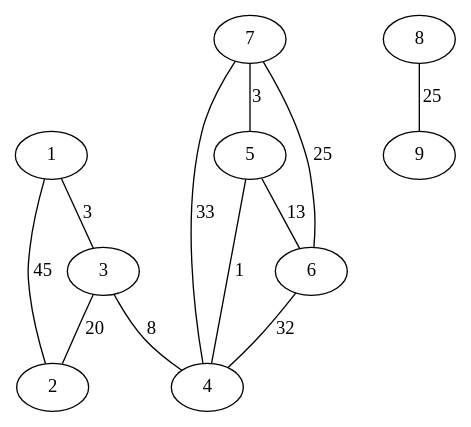
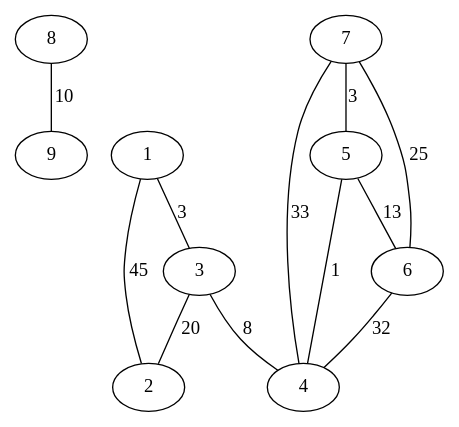
Before and after one commit to progressaoufba/kruskal: the diagram in grafoin.dot, drawn with Graphviz. The commit also changed 2 other files, not shown here.

```diff
--- a/grafoin.dot
+++ b/grafoin.dot
@@ -1,14 +1,14 @@
 # 9 11
 graph G {
+  8 -- 9 [label=10];
   1 -- 2 [label=45];
   1 -- 3 [label=3];
   3 -- 4 [label=8];
   3 -- 2 [label=20];
   5 -- 6 [label=13];
   5 -- 4 [label=1];
   6 -- 4 [label=32];
   7 -- 4 [label=33];
   7 -- 5 [label=3];
   7 -- 6 [label=25];
-  8 -- 9 [label=25];
 }
```
